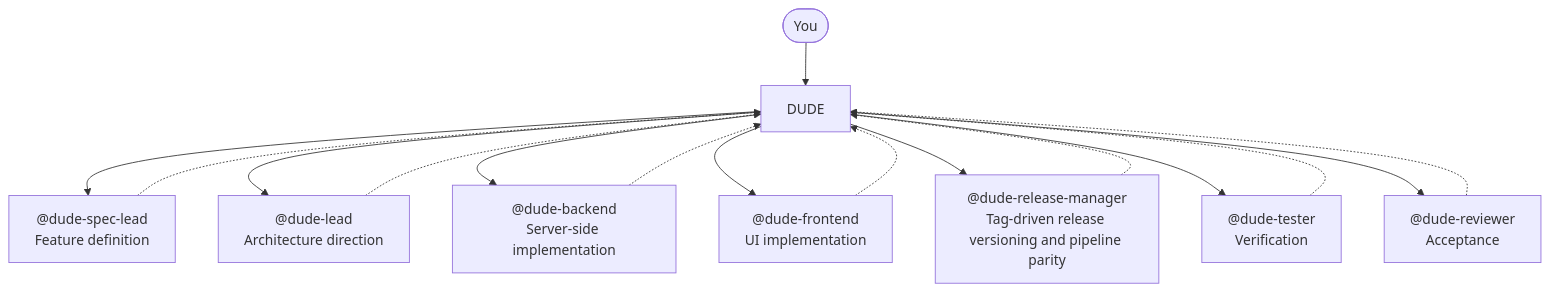
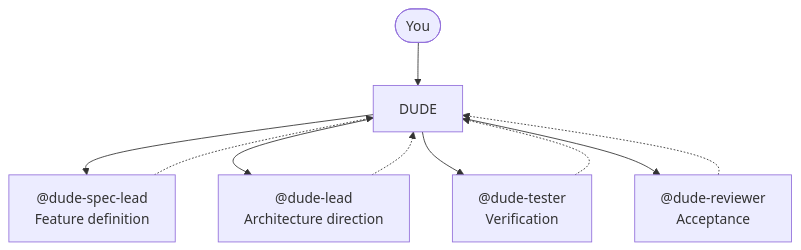
Before and after one commit to E-G-C/dude: the third of 3 diagrams in docs/reference.md, drawn with Mermaid. The commit also changed other lines of this file and 7 other files, not shown here.

````diff
--- a/docs/reference.md
+++ b/docs/reference.md
@@ -233,18 +233,12 @@
 ```mermaid
 graph TB
     USER(["You"]) --> DUDE
     DUDE --> SPEC["@dude-spec-lead\nFeature definition"]
     DUDE --> LEAD["@dude-lead\nArchitecture direction"]
-    DUDE --> BACKEND["@dude-backend\nServer-side implementation"]
-    DUDE --> FRONTEND["@dude-frontend\nUI implementation"]
-    DUDE --> RELEASE["@dude-release-manager\nTag-driven release versioning and pipeline parity"]
     DUDE --> TESTER["@dude-tester\nVerification"]
     DUDE --> REVIEWER["@dude-reviewer\nAcceptance"]
     SPEC -.-> DUDE
     LEAD -.-> DUDE
-    BACKEND -.-> DUDE
-    FRONTEND -.-> DUDE
-    RELEASE -.-> DUDE
     TESTER -.-> DUDE
     REVIEWER -.-> DUDE
 ```
````
